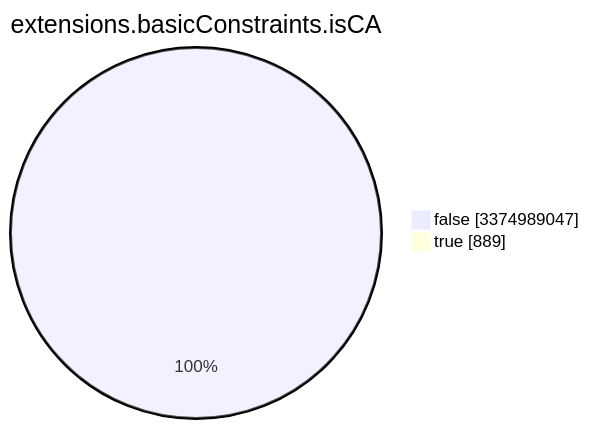
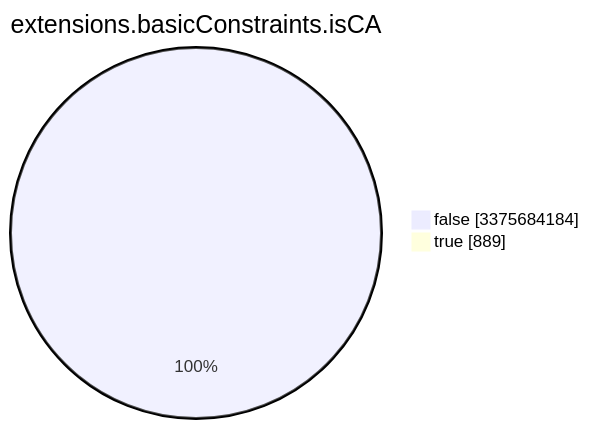
One commit to christiankrug/ctmonitor_visualization changed the seventh of 15 diagrams in TOTAL/README.md. Above: the diagram before and after it, drawn with Mermaid. The commit also changed other lines of this file, not shown here.

````diff
--- a/TOTAL/README.md
+++ b/TOTAL/README.md
@@ -3090,6 +3090,6 @@
 ```mermaid
 pie showData
 title extensions.basicConstraints.isCA
-"false" :3374989047
+"false" :3375684184
 "true" :889
 ```
````
